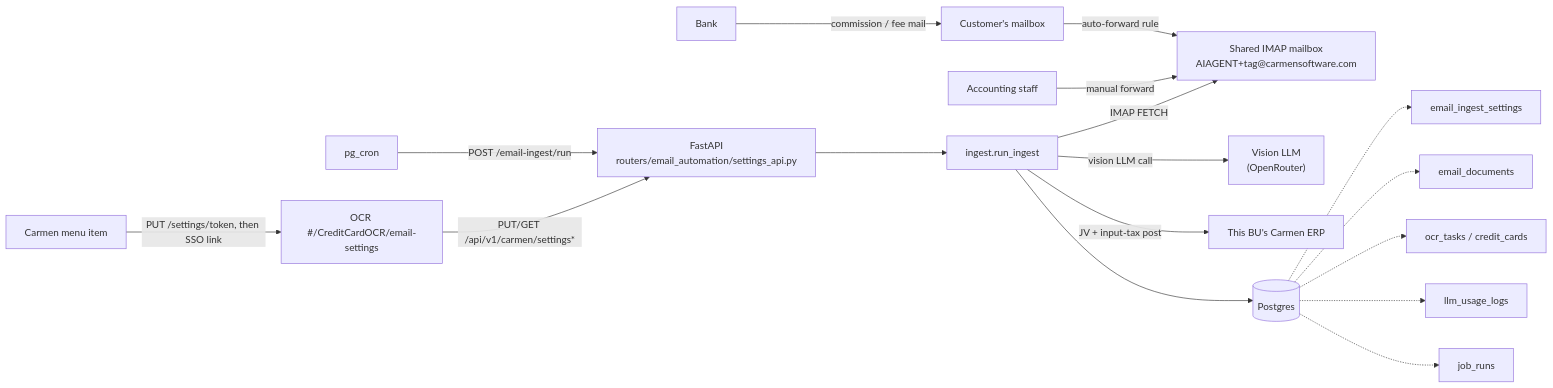
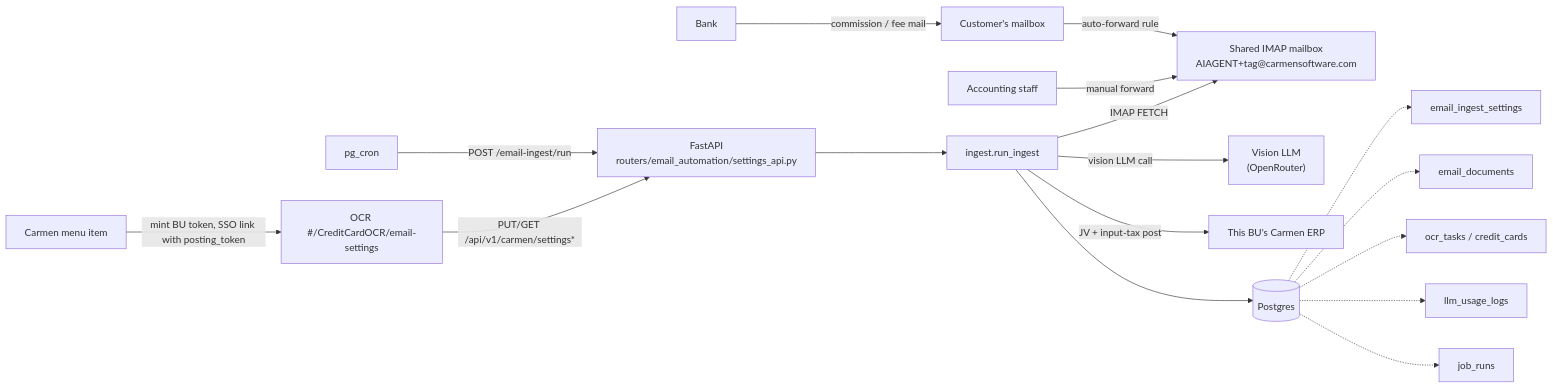
Before and after one commit to developer-carmensoftware/OCR: the first of 8 diagrams in docs/email-automation/02-architecture.md, drawn with Mermaid. The commit also changed other lines of this file and 16 other files, not shown here.

First line of the commit message:
feat(email-settings): Carmen's menu passes the BU posting token in the link

````diff
--- a/docs/email-automation/02-architecture.md
+++ b/docs/email-automation/02-architecture.md
@@ -10,22 +10,22 @@
 ```mermaid
 flowchart LR
     Bank["Bank"] -->|"commission / fee mail"| CustMbx["Customer's mailbox"]
     CustMbx -->|"auto-forward rule"| Shared["Shared IMAP mailbox\nAIAGENT+tag@carmensoftware.com"]
     Staff["Accounting staff"] -->|"manual forward"| Shared
 
     Cron["pg_cron"] -->|"POST /email-ingest/run"| API["FastAPI\nrouters/email_automation/settings_api.py"]
     API --> Ingest["ingest.run_ingest"]
     Ingest -->|"IMAP FETCH"| Shared
     Ingest -->|"vision LLM call"| Vision["Vision LLM\n(OpenRouter)"]
     Ingest -->|"JV + input-tax post"| Carmen["This BU's Carmen ERP"]
 
-    CarmenMenu["Carmen menu item"] -->|"PUT /settings/token, then SSO link"| Settings["OCR #/CreditCardOCR/email-settings"]
+    CarmenMenu["Carmen menu item"] -->|"mint BU token, SSO link with posting_token"| Settings["OCR #/CreditCardOCR/email-settings"]
     Settings -->|"PUT/GET /api/v1/carmen/settings*"| API
 
     Ingest --> DB[("Postgres")]
     DB -.-> T1["email_ingest_settings"]
     DB -.-> T2["email_documents"]
     DB -.-> T3["ocr_tasks / credit_cards"]
     DB -.-> T4["llm_usage_logs"]
     DB -.-> T5["job_runs"]
 ```
````
